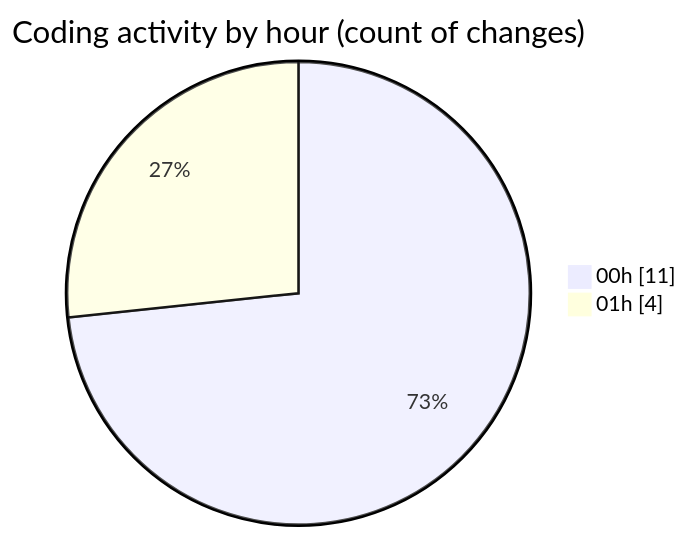
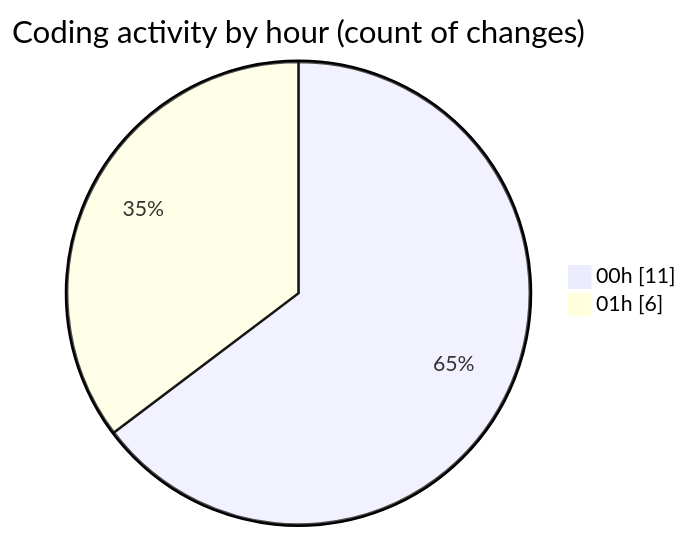
One commit to julien-gomy/code-tracking changed the second of 2 diagrams in 2025-10-11/eventscop-frontend-guide__workspace_/README.md. Above: the diagram before and after it, drawn with Mermaid. The commit also changed other lines of this file and 1 other file, not shown here.

````diff
--- a/2025-10-11/eventscop-frontend-guide__workspace_/README.md
+++ b/2025-10-11/eventscop-frontend-guide__workspace_/README.md
@@ -35,6 +35,6 @@
 ```mermaid
 pie showData
 title Coding activity by hour (count of changes)
 "00h" : 11
-"01h" : 4
+"01h" : 6
 ```
````
